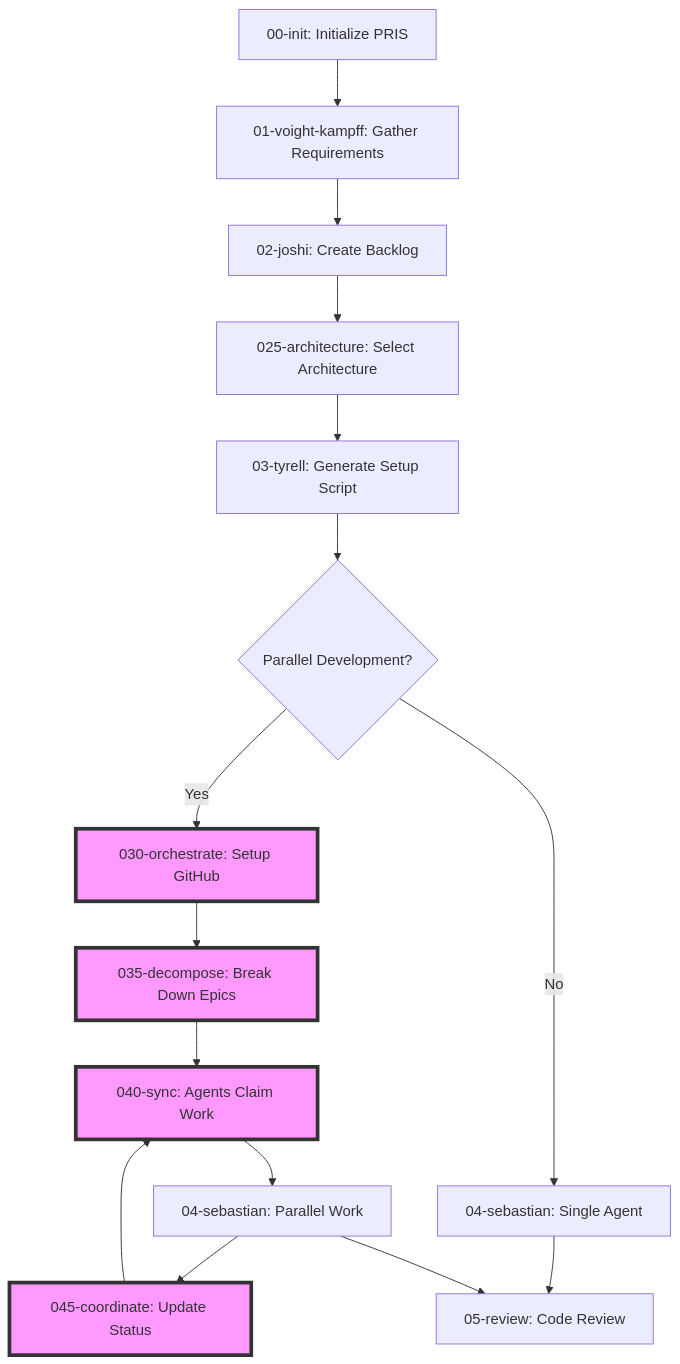
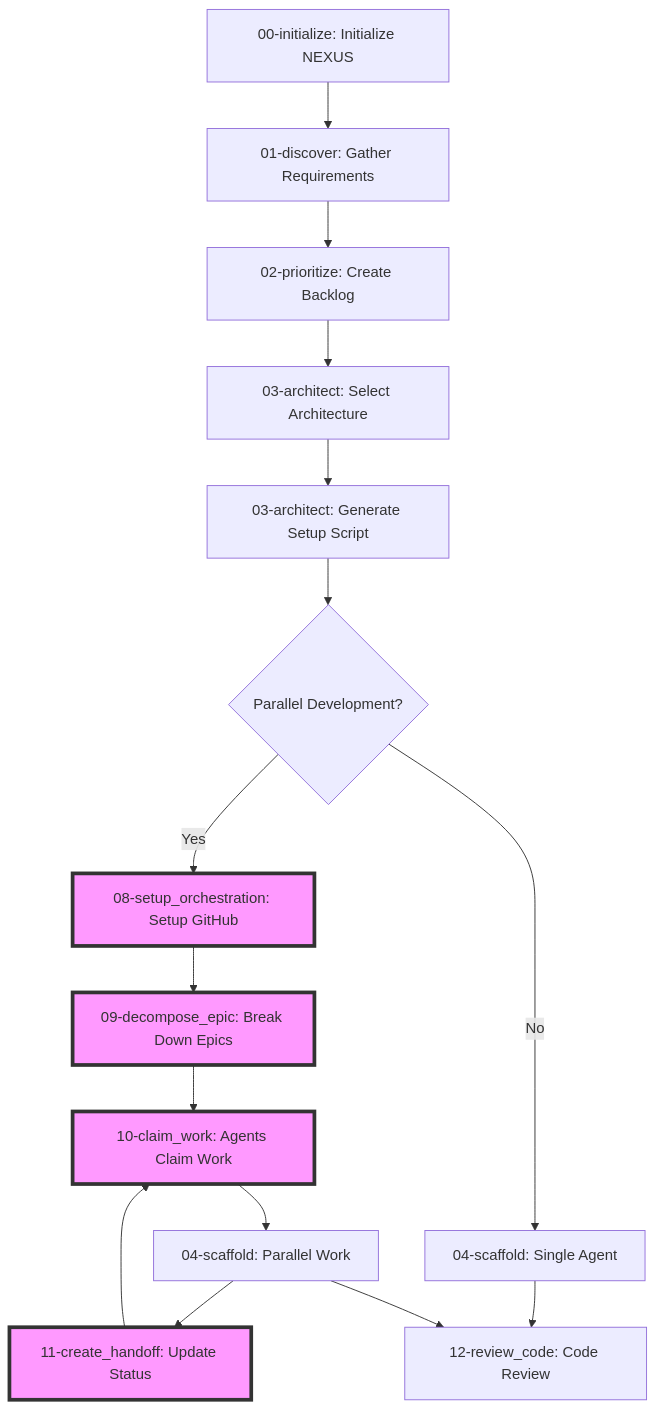
One commit to benpchandler/nexus changed the first of 2 diagrams in commands/README.md. Above: the diagram before and after it, drawn with Mermaid. The commit also changed other lines of this file and 31 other files, not shown here.

````diff
--- a/commands/README.md
+++ b/commands/README.md
@@ -51,25 +55,25 @@
 ```mermaid
 graph TD
-    A[00-init: Initialize PRIS] --> B[01-voight-kampff: Gather Requirements]
-    B --> C[02-joshi: Create Backlog]
-    C --> D[025-architecture: Select Architecture]
-    D --> E[03-tyrell: Generate Setup Script]
+    A[00-initialize: Initialize NEXUS] --> B[01-discover: Gather Requirements]
+    B --> C[02-prioritize: Create Backlog]
+    C --> D[03-architect: Select Architecture]
+    D --> E[03-architect: Generate Setup Script]
     
     E --> F{Parallel Development?}
-    F -->|Yes| G[030-orchestrate: Setup GitHub]
-    F -->|No| H[04-sebastian: Single Agent]
+    F -->|Yes| G[08-setup_orchestration: Setup GitHub]
+    F -->|No| H[04-scaffold: Single Agent]
     
-    G --> I[035-decompose: Break Down Epics]
-    I --> J[040-sync: Agents Claim Work]
-    J --> K[04-sebastian: Parallel Work]
-    K --> L[045-coordinate: Update Status]
+    G --> I[09-decompose_epic: Break Down Epics]
+    I --> J[10-claim_work: Agents Claim Work]
+    J --> K[04-scaffold: Parallel Work]
+    K --> L[11-create_handoff: Update Status]
     L --> J
     
-    H --> M[05-review: Code Review]
+    H --> M[12-review_code: Code Review]
     K --> M
     
     style G fill:#f9f,stroke:#333,stroke-width:4px
     style I fill:#f9f,stroke:#333,stroke-width:4px
     style J fill:#f9f,stroke:#333,stroke-width:4px
     style L fill:#f9f,stroke:#333,stroke-width:4px
 ```
````
